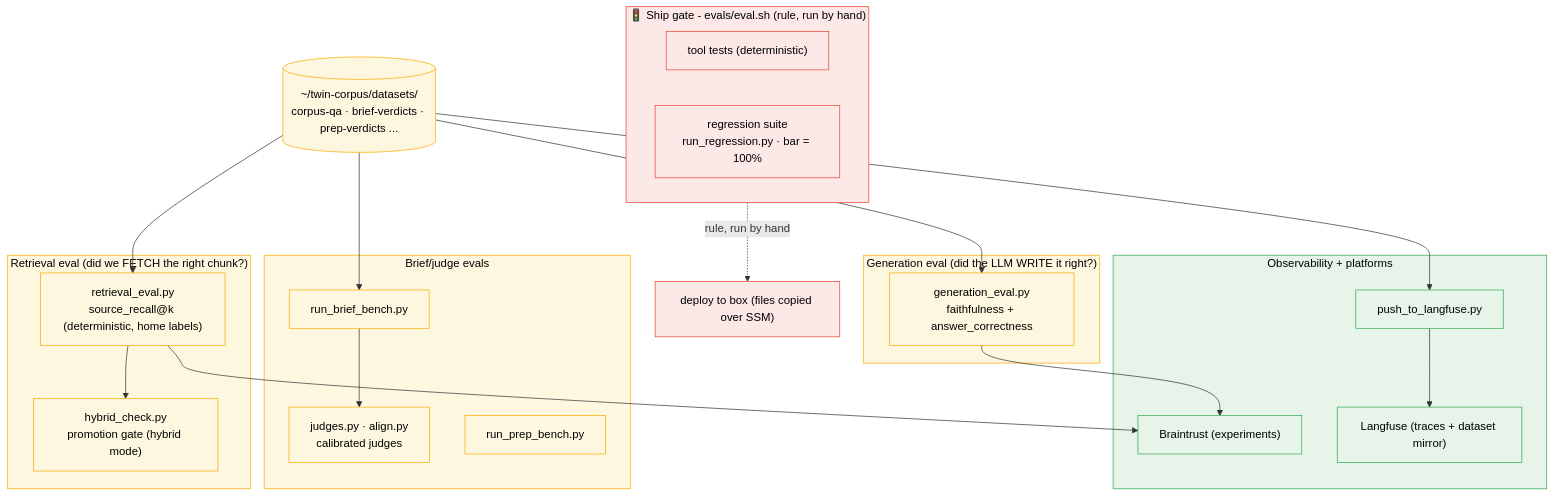
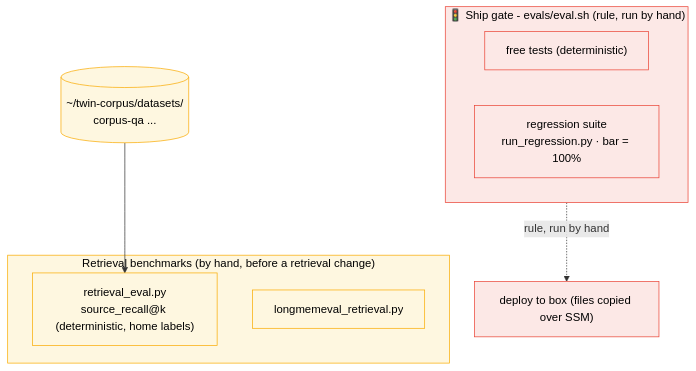
One commit to danielpuri1901/twin-mind changed the fifth of 6 diagrams in docs/architecture-map.md. Above: the diagram before and after it, drawn with Mermaid. The commit also changed other lines of this file and 75 other files, not shown here.

First line of the commit message:
chore: remove LLM judges and evals that flagged nothing

````diff
--- a/docs/architecture-map.md
+++ b/docs/architecture-map.md
@@ -188,45 +188,22 @@
 ```mermaid
 flowchart TB
     subgraph GATE["🚦 Ship gate - evals/eval.sh (rule, run by hand)"]
-        TT["tool tests (deterministic)"]
+        TT["free tests (deterministic)"]
         REG["regression suite<br/>run_regression.py · bar = 100%"]
     end
 
-    subgraph RETR["Retrieval eval (did we FETCH the right chunk?)"]
+    subgraph RETR["Retrieval benchmarks (by hand, before a retrieval change)"]
         RE["retrieval_eval.py<br/>source_recall@k (deterministic, home labels)"]
-        HC["hybrid_check.py<br/>promotion gate (hybrid mode)"]
+        LM["longmemeval_retrieval.py"]
     end
 
-    subgraph GENR["Generation eval (did the LLM WRITE it right?)"]
-        GE["generation_eval.py<br/>faithfulness + answer_correctness"]
-    end
+    DS[("~/twin-corpus/datasets/<br/>corpus-qa ...")]
 
-    subgraph BRIEFE["Brief/judge evals"]
-        BB["run_brief_bench.py"]
-        CS["judges.py · align.py<br/>calibrated judges"]
-        PB["run_prep_bench.py"]
-    end
-
-    subgraph PLAT["Observability + platforms"]
-        BT["Braintrust (experiments)"]
-        LF["Langfuse (traces + dataset mirror)"]
-        PUSH["push_to_langfuse.py"]
-    end
-
-    DS[("~/twin-corpus/datasets/<br/>corpus-qa · brief-verdicts · prep-verdicts ...")]
-
-    DS --> RE & GE & BB
-    RE --> BT
-    RE --> HC
-    GE --> BT
-    BB --> CS
-    DS --> PUSH --> LF
+    DS --> RE
     GATE -.->|"rule, run by hand"| SHIP["deploy to box (files copied over SSM)"]
 
     classDef gate fill:#fce8e6,stroke:#ea4335,color:#000
     classDef eval fill:#fef7e0,stroke:#f9ab00,color:#000
-    classDef plat fill:#e6f4ea,stroke:#34a853,color:#000
     class GATE,TT,REG,SHIP gate
-    class RETR,GENR,BRIEFE,RE,HC,GE,BB,CS,PB,DS eval
-    class PLAT,BT,LF,PUSH plat
+    class RETR,RE,LM,DS eval
 ```
````
